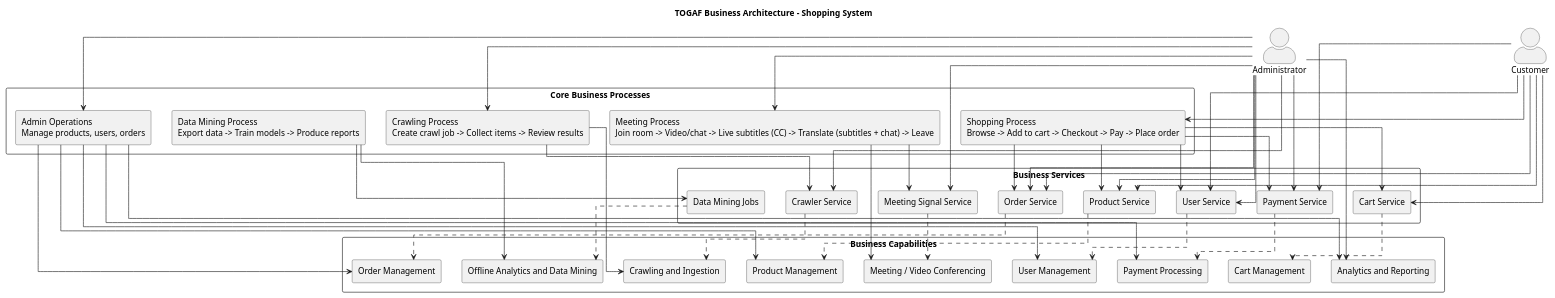
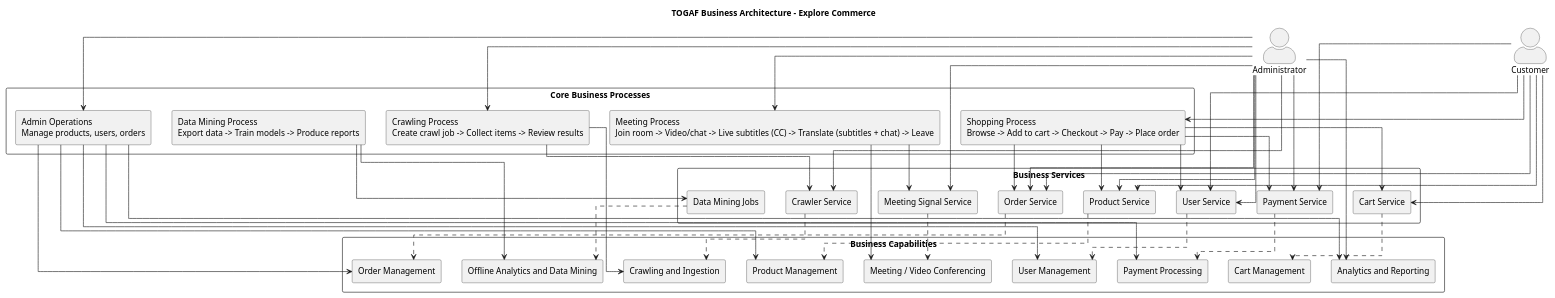
The diagram in docs/architecture/togaf/business-architecture.puml (felixzhu97/shopping-system), drawn with PlantUML before and after one commit. The commit also changed 28 other files, not shown here.

First line of the commit message:
Rename project to explore-commerce (#32)

```diff
--- a/docs/architecture/togaf/business-architecture.puml
+++ b/docs/architecture/togaf/business-architecture.puml
@@ -1,91 +1,91 @@
 @startuml
-title TOGAF Business Architecture - Shopping System
+title TOGAF Business Architecture - Explore Commerce
 
 skinparam componentStyle rectangle
 skinparam packageStyle rectangle
 skinparam actorStyle awesome
 skinparam linetype ortho
 
 actor "Customer" as customer
 actor "Administrator" as admin
 
 package "Business Capabilities" {
     component [Product Management] as capability_product
     component [Order Management] as capability_order
     component [User Management] as capability_user
     component [Cart Management] as capability_cart
     component [Payment Processing] as capability_payment
     component [Crawling and Ingestion] as capability_crawling
     component [Analytics and Reporting] as capability_analytics
     component [Offline Analytics and Data Mining] as capability_data_mining
     component [Meeting / Video Conferencing] as capability_meeting
 }
 
 package "Core Business Processes" {
     component [Shopping Process\nBrowse -> Add to cart -> Checkout -> Pay -> Place order] as process_shopping
     component [Admin Operations\nManage products, users, orders] as process_admin_ops
     component [Crawling Process\nCreate crawl job -> Collect items -> Review results] as process_crawling
     component [Data Mining Process\nExport data -> Train models -> Produce reports] as process_data_mining
     component [Meeting Process\nJoin room -> Video/chat -> Live subtitles (CC) -> Translate (subtitles + chat) -> Leave] as process_meeting
 }
 
 package "Business Services" {
     component [Product Service] as service_product
     component [Cart Service] as service_cart
     component [Order Service] as service_order
     component [User Service] as service_user
     component [Payment Service] as service_payment
     component [Crawler Service] as service_crawler
     component [Data Mining Jobs] as service_data_mining
     component [Meeting Signal Service] as service_meeting_signal
 }
 
 customer --> process_shopping
 customer --> service_product
 customer --> service_cart
 customer --> service_order
 customer --> service_user
 customer --> service_payment
 
 admin --> process_admin_ops
 admin --> process_crawling
 admin --> process_meeting
 admin --> service_product
 admin --> service_order
 admin --> service_user
 admin --> service_payment
 admin --> service_crawler
 admin --> service_meeting_signal
 admin --> capability_analytics
 
 process_shopping --> service_product
 process_shopping --> service_cart
 process_shopping --> service_order
 process_shopping --> service_user
 process_shopping --> service_payment
 
 process_admin_ops --> capability_product
 process_admin_ops --> capability_order
 process_admin_ops --> capability_user
 process_admin_ops --> capability_payment
 process_admin_ops --> capability_analytics
 
 process_crawling --> service_crawler
 process_crawling --> capability_crawling
 
 process_data_mining --> service_data_mining
 process_data_mining --> capability_data_mining
 
 process_meeting --> service_meeting_signal
 process_meeting --> capability_meeting
 
 service_product ..> capability_product
 service_cart ..> capability_cart
 service_order ..> capability_order
 service_user ..> capability_user
 service_payment ..> capability_payment
 service_crawler ..> capability_crawling
 service_data_mining ..> capability_data_mining
 service_meeting_signal ..> capability_meeting
 
 @enduml
```
